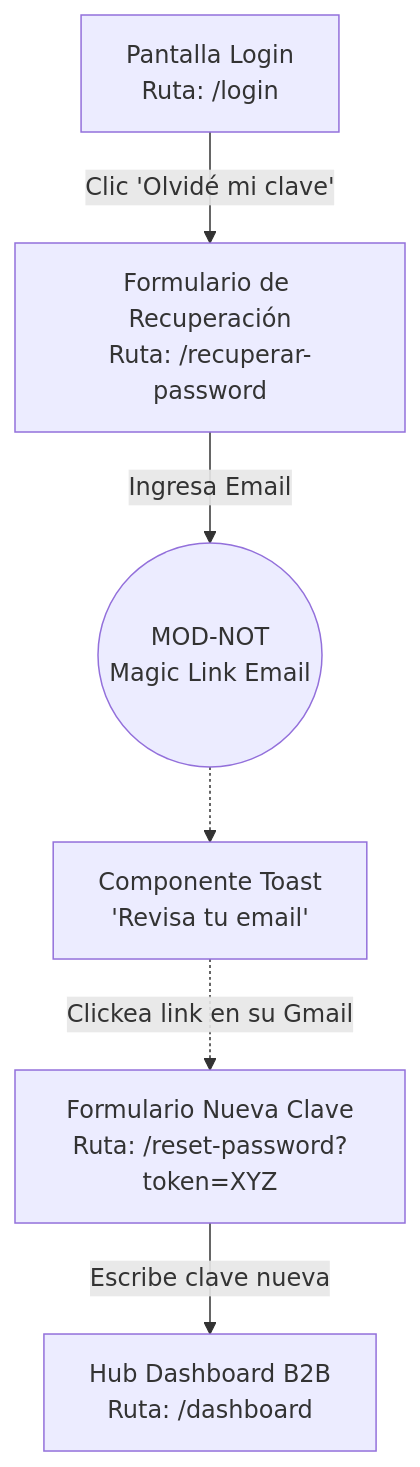
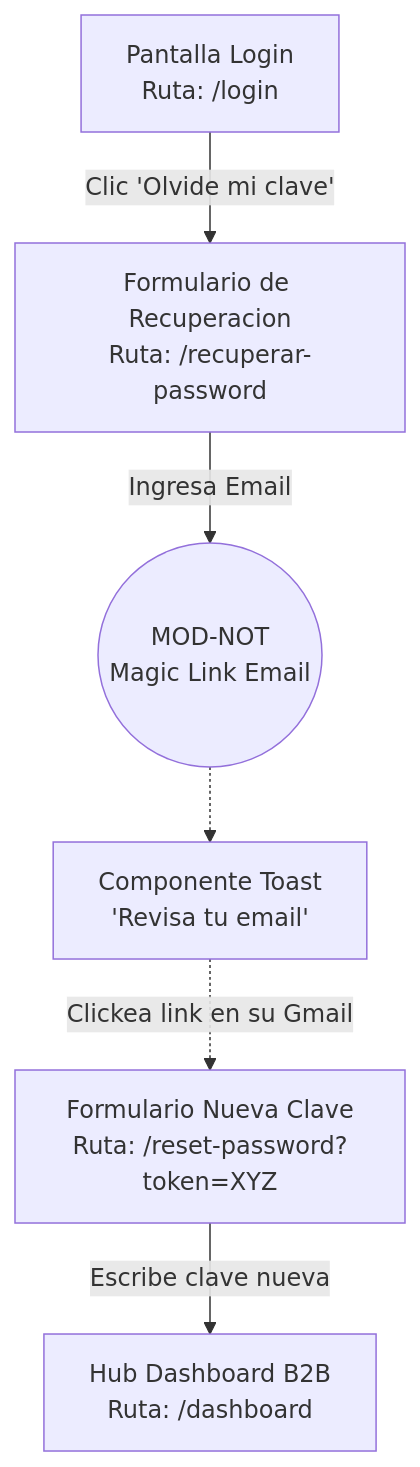
The third of 3 diagrams in docs/04-system-modeling/02.User_Flows_Task_Flows/modules/MOD-AUTH_flows.md (camilolayos54-dotcom/NosFuimosdeFinca), drawn with Mermaid before and after one commit. The commit also changed other lines of this file and 62 other files, not shown here.

````diff
--- a/docs/04-system-modeling/02.User_Flows_Task_Flows/modules/MOD-AUTH_flows.md
+++ b/docs/04-system-modeling/02.User_Flows_Task_Flows/modules/MOD-AUTH_flows.md
@@ -110,21 +110,21 @@
 ```mermaid
 flowchart TD
-    %% Nodos Cuadrados: Pantallas Físicas
+    %% Nodos Cuadrados: Pantallas Fisicas
     LoginUI[Pantalla Login<br>Ruta: /login]
-    ReqFormUI[Formulario de Recuperación<br>Ruta: /recuperar-password]
+    ReqFormUI[Formulario de Recuperacion<br>Ruta: /recuperar-password]
     ToastSuccessUI[Componente Toast<br>'Revisa tu email']
     ResetUI[Formulario Nueva Clave<br>Ruta: /reset-password?token=XYZ]
     DashboardUI[Hub Dashboard B2B<br>Ruta: /dashboard]
     
-    %% Nodos Redondeados: Backend Asíncrono
+    %% Nodos Redondeados: Backend Asincrono
     EmailService((MOD-NOT<br>Magic Link Email))
     
     %% Flujo Lineal
-    LoginUI --> |Clic 'Olvidé mi clave'| ReqFormUI
+    LoginUI --> |Clic 'Olvide mi clave'| ReqFormUI
     ReqFormUI --> |Ingresa Email| EmailService
     EmailService -.-> ToastSuccessUI
     
-    %% Intervención Externa del Usuario
+    %% Intervencion Externa del Usuario
     ToastSuccessUI -.-> |Clickea link en su Gmail| ResetUI
     ResetUI --> |Escribe clave nueva| DashboardUI
 ```
````
